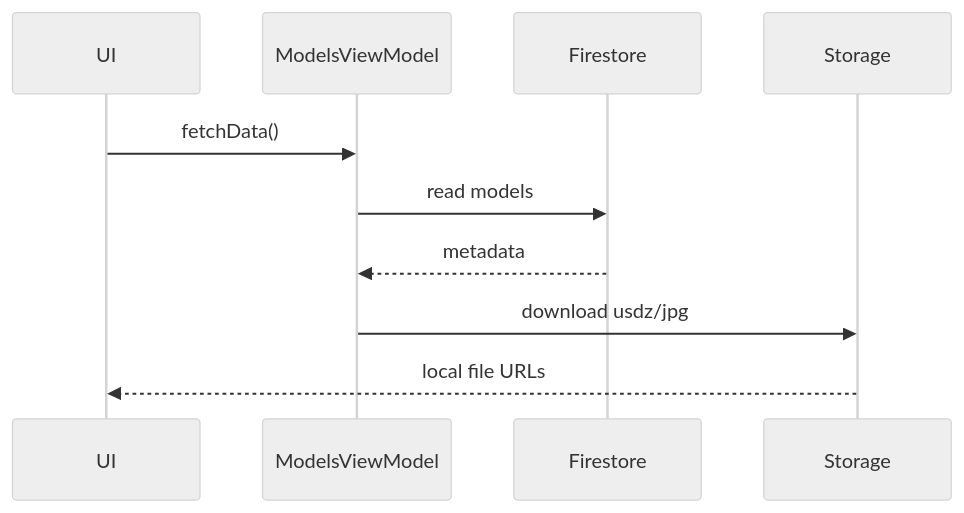
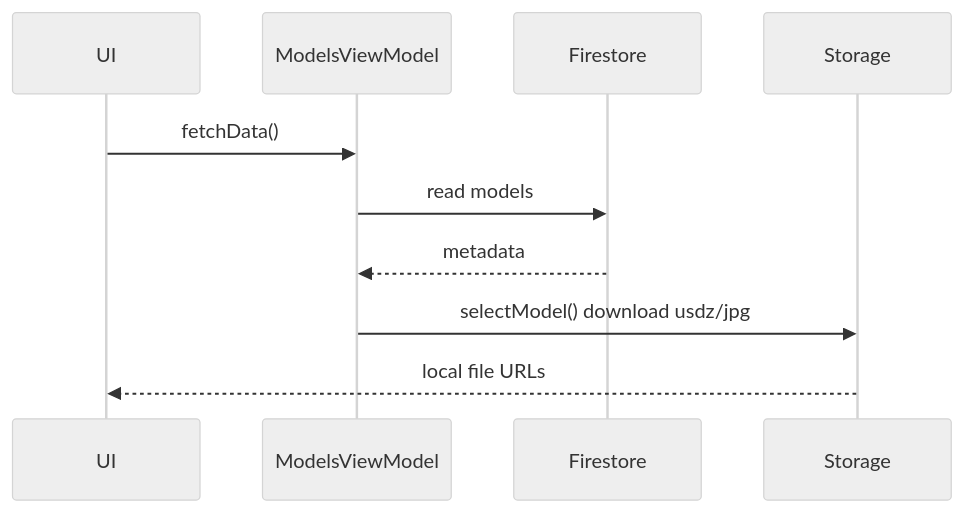
One commit to RyanEAA/Artifacts changed the fifth of 7 diagrams in README.md. Above: the diagram before and after it, drawn with Mermaid (neutral theme).

Commit message:
Update README.md
updated readme on how 3d models load.

````diff
--- a/README.md
+++ b/README.md
@@ -320,8 +320,8 @@
 ```mermaid
 sequenceDiagram
   UI->>ModelsViewModel: fetchData()
   ModelsViewModel->>Firestore: read models
   Firestore-->>ModelsViewModel: metadata
-  ModelsViewModel->>Storage: download usdz/jpg
+  ModelsViewModel->>Storage: selectModel() download usdz/jpg
   Storage-->>UI: local file URLs
 ```
````
